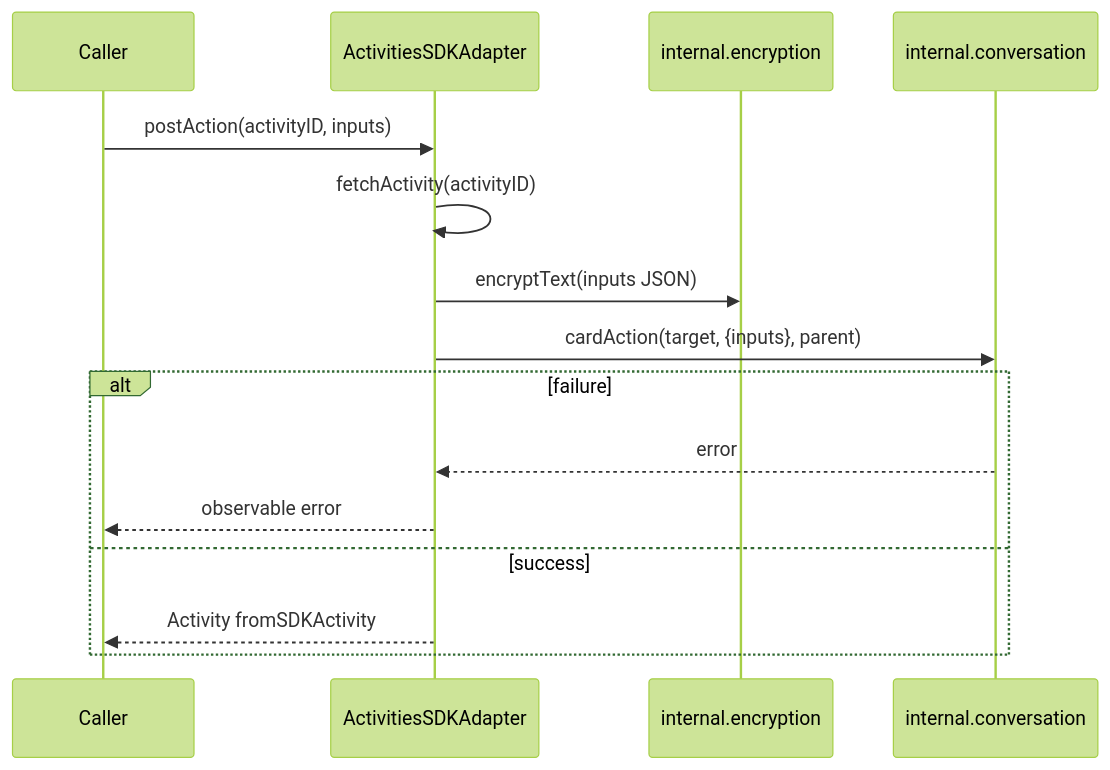
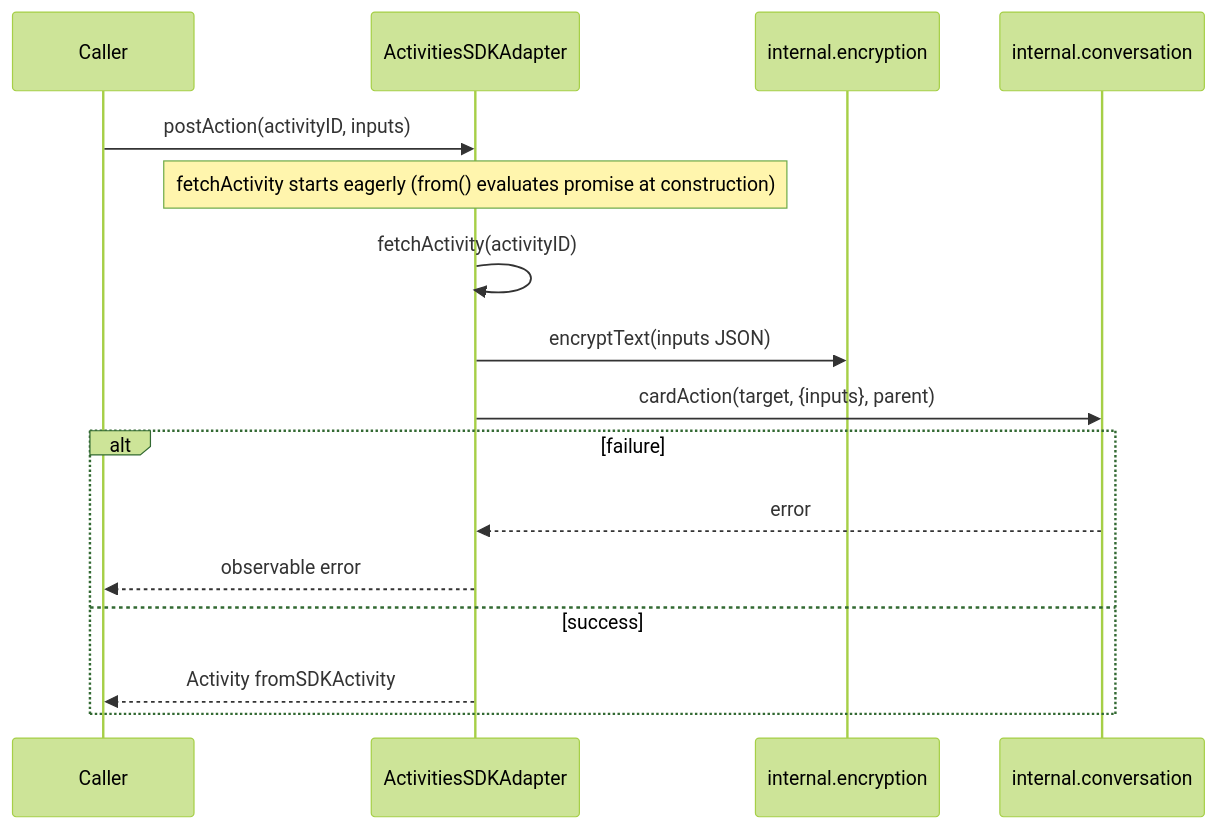
One commit to webex/sdk-component-adapter changed the fourth of 5 diagrams in src/ai-docs/activities-sdk-adapter-spec.md. Above: the diagram before and after it, drawn with Mermaid (forest theme). The commit also changed other lines of this file and 10 other files, not shown here.

````diff
--- a/src/ai-docs/activities-sdk-adapter-spec.md
+++ b/src/ai-docs/activities-sdk-adapter-spec.md
@@ -178,18 +179,19 @@
 ```mermaid
 sequenceDiagram
   participant Caller
   participant Adapter as ActivitiesSDKAdapter
   participant Enc as internal.encryption
   participant Conv as internal.conversation
 
   Caller->>Adapter: postAction(activityID, inputs)
+  Note over Adapter: fetchActivity starts eagerly (from() evaluates promise at construction)
   Adapter->>Adapter: fetchActivity(activityID)
   Adapter->>Enc: encryptText(inputs JSON)
   Adapter->>Conv: cardAction(target, {inputs}, parent)
   alt failure
     Conv-->>Adapter: error
     Adapter-->>Caller: observable error
   else success
     Adapter-->>Caller: Activity fromSDKActivity
   end
 ```
````
